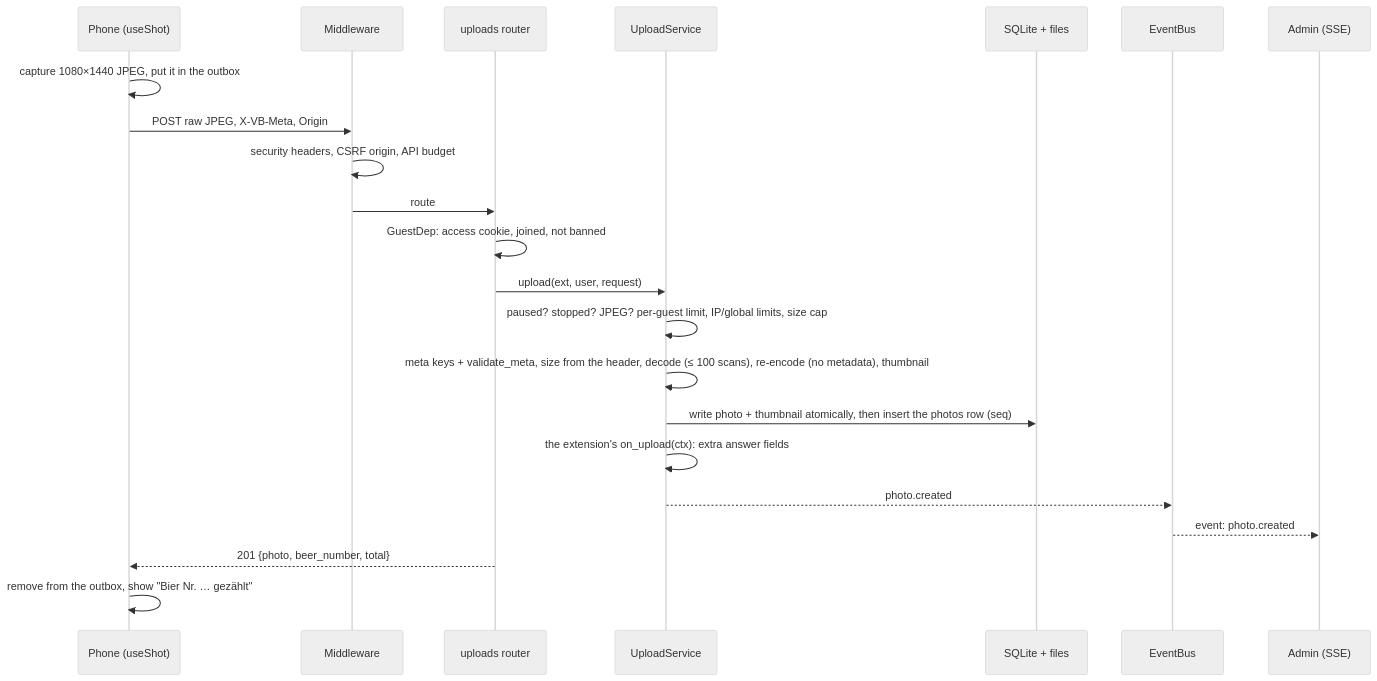
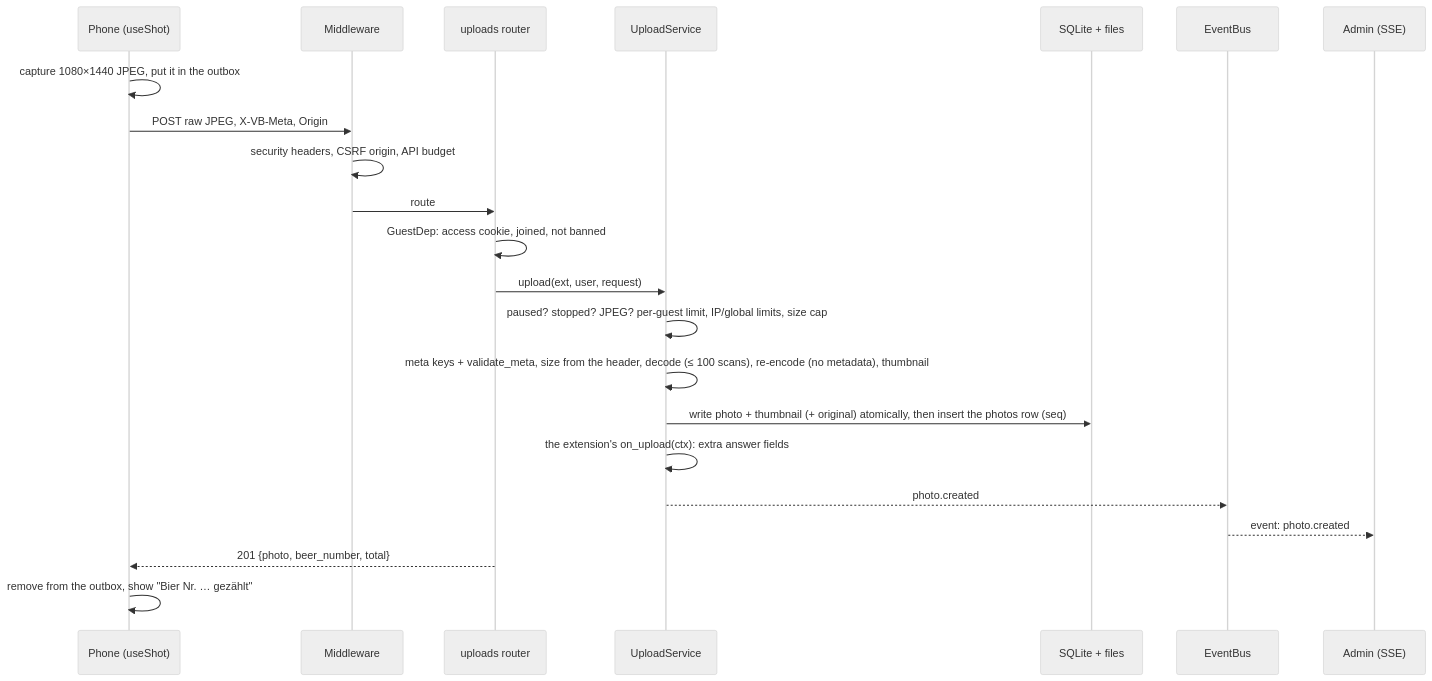
One commit to eneuberg/virtubooth changed the second of 6 diagrams in docs/ARCHITECTURE.md. Above: the diagram before and after it, drawn with Mermaid (neutral theme). The commit also changed other lines of this file and 3 other files, not shown here.

Commit message:
Docs: Fotobox originals (features, architecture, API contract, storage estimate)

````diff
--- a/docs/ARCHITECTURE.md
+++ b/docs/ARCHITECTURE.md
@@ -93,24 +93,24 @@
 ```mermaid
 sequenceDiagram
   participant P as Phone (useShot)
   participant M as Middleware
   participant R as uploads router
   participant S as UploadService
   participant DB as SQLite + files
   participant B as EventBus
   participant A as Admin (SSE)
   P->>P: capture 1080×1440 JPEG, put it in the outbox
   P->>M: POST raw JPEG, X-VB-Meta, Origin
   M->>M: security headers, CSRF origin, API budget
   M->>R: route
   R->>R: GuestDep: access cookie, joined, not banned
   R->>S: upload(ext, user, request)
   S->>S: paused? stopped? JPEG? per-guest limit, IP/global limits, size cap
   S->>S: meta keys + validate_meta, size from the header, decode (≤ 100 scans), re-encode (no metadata), thumbnail
-  S->>DB: write photo + thumbnail atomically, then insert the photos row (seq)
+  S->>DB: write photo + thumbnail (+ original) atomically, then insert the photos row (seq)
   S->>S: the extension's on_upload(ctx): extra answer fields
   S-->>B: photo.created
   B-->>A: event: photo.created
   R-->>P: 201 {photo, beer_number, total}
   P->>P: remove from the outbox, show "Bier Nr. … gezählt"
 ```
````
